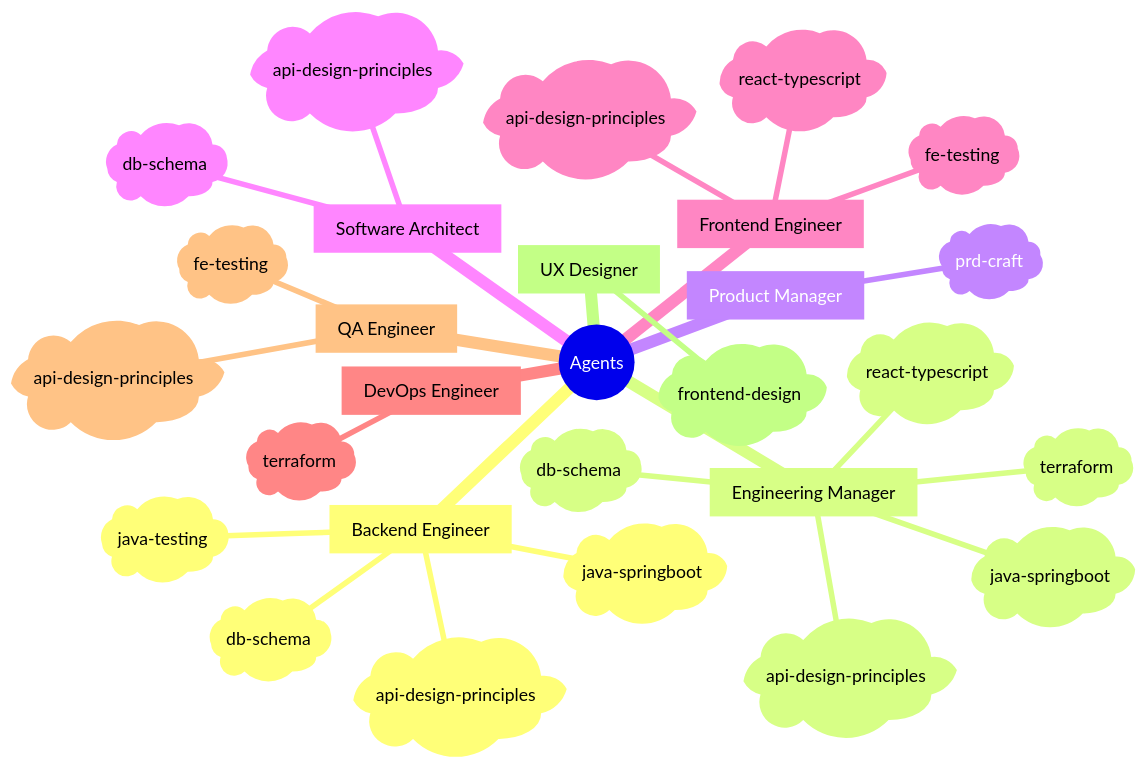
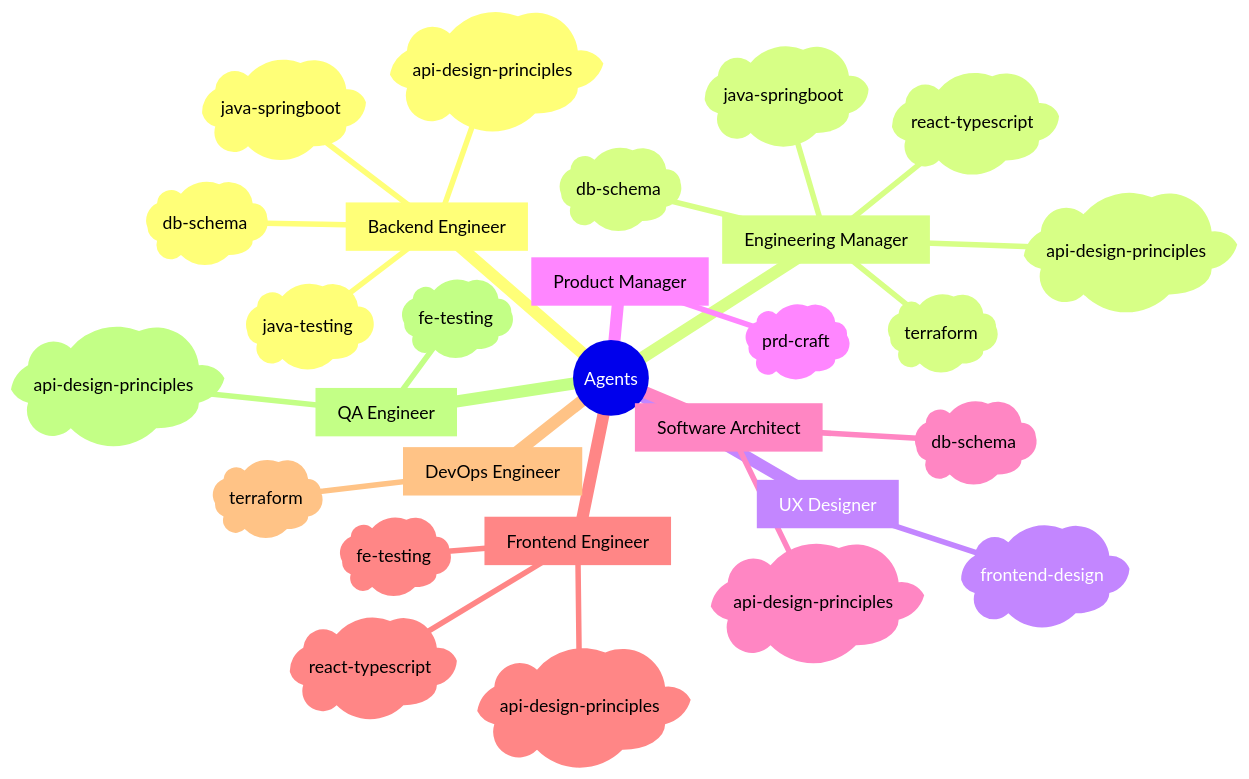
The first of 3 diagrams in README.md (sans-github/agents), drawn with Mermaid before and after one commit. The commit also changed other lines of this file, not shown here.

Commit message:
reorder mindmap agents to avoid EM and UX sharing color

````diff
--- a/README.md
+++ b/README.md
@@ -60,31 +60,31 @@
 ```mermaid
 mindmap
   root((Agents))
     [Backend Engineer]
       )db-schema(
       )java-springboot(
       )api-design-principles(
       )java-testing(
     [Engineering Manager]
       )db-schema(
       )java-springboot(
       )api-design-principles(
       )react-typescript(
       )terraform(
+    [UX Designer]
+      )frontend-design(
     [Product Manager]
       )prd-craft(
     [Software Architect]
       )api-design-principles(
       )db-schema(
     [Frontend Engineer]
       )api-design-principles(
       )react-typescript(
       )fe-testing(
     [DevOps Engineer]
       )terraform(
     [QA Engineer]
       )api-design-principles(
       )fe-testing(
-    [UX Designer]
-      )frontend-design(
 ```
````
